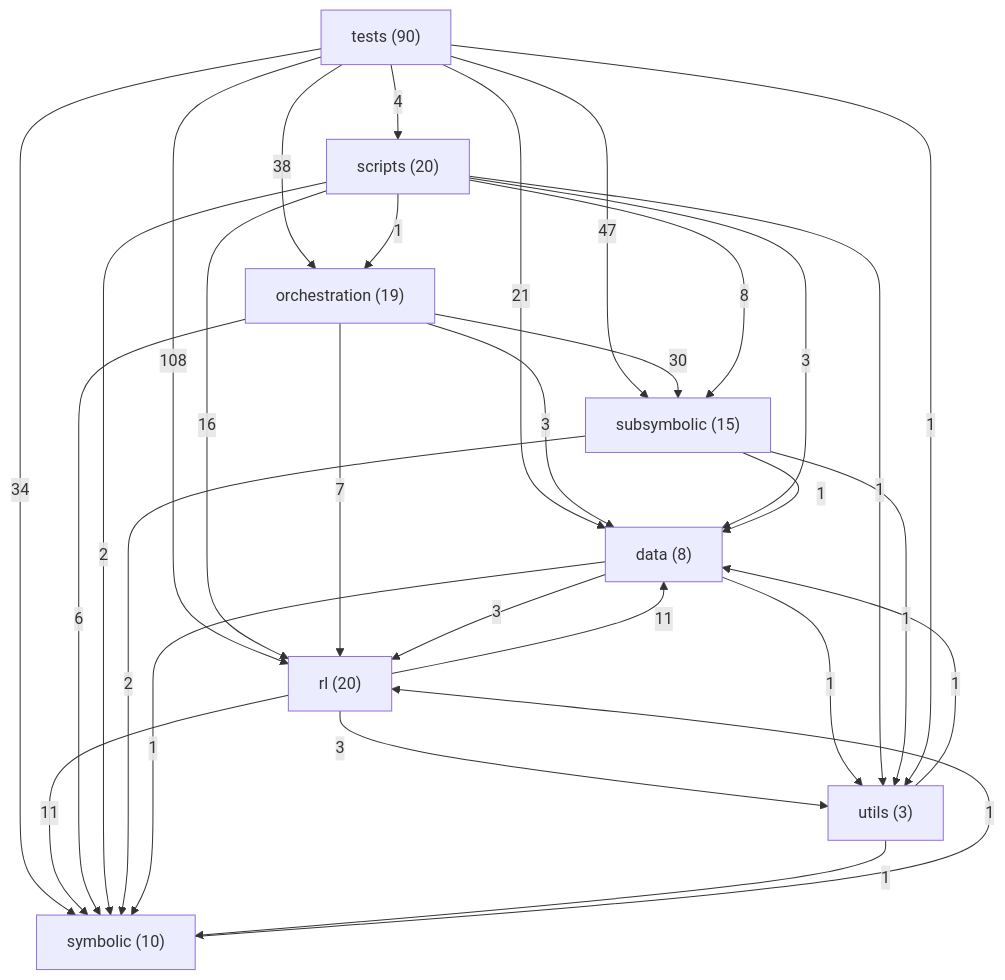
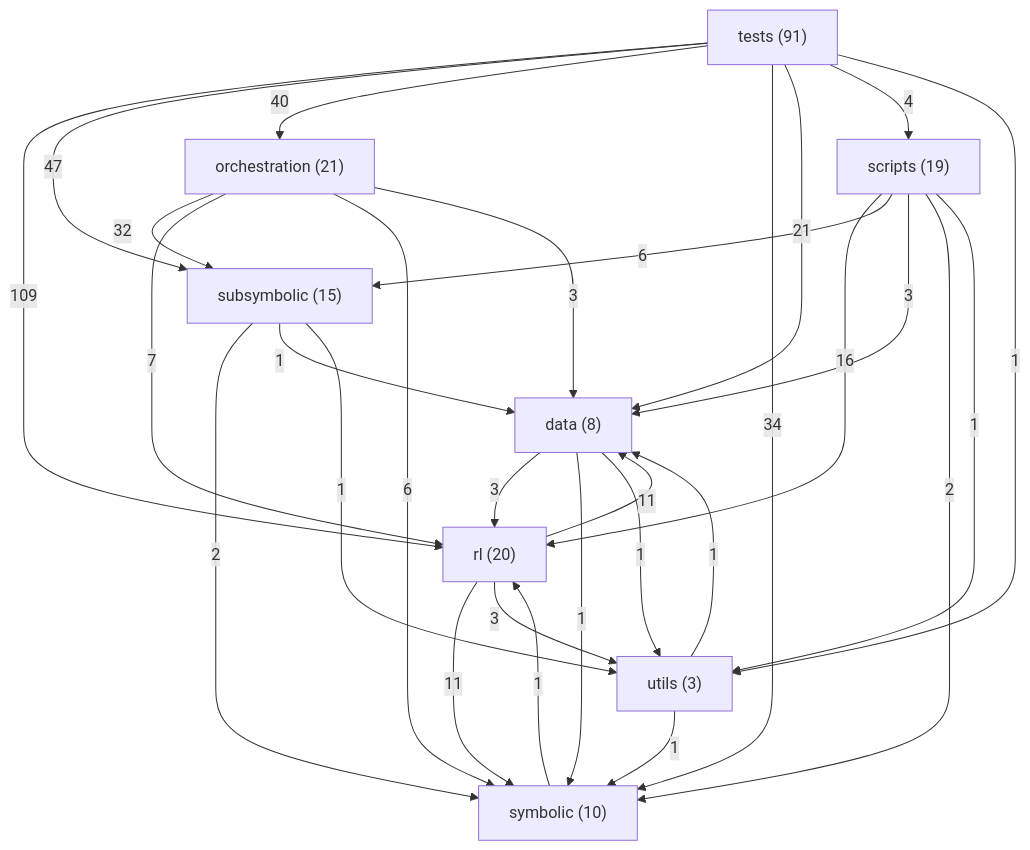
The diagram in ARCHITECTURE.md (danrd/ARC-AGI), drawn with Mermaid before and after one commit. The commit also changed other lines of this file and 8 other files, not shown here.

````diff
--- a/ARCHITECTURE.md
+++ b/ARCHITECTURE.md
@@ -211,40 +211,39 @@
 ```mermaid
 graph TD
   data["data (8)"]
-  orchestration["orchestration (19)"]
+  orchestration["orchestration (21)"]
   rl["rl (20)"]
-  scripts["scripts (20)"]
+  scripts["scripts (19)"]
   subsymbolic["subsymbolic (15)"]
   symbolic["symbolic (10)"]
-  tests["tests (90)"]
+  tests["tests (91)"]
   utils["utils (3)"]
-  tests -->|108| rl
+  tests -->|109| rl
   tests -->|47| subsymbolic
-  tests -->|38| orchestration
+  tests -->|40| orchestration
   tests -->|34| symbolic
-  orchestration -->|30| subsymbolic
+  orchestration -->|32| subsymbolic
   tests -->|21| data
   scripts -->|16| rl
   rl -->|11| data
   rl -->|11| symbolic
-  scripts -->|8| subsymbolic
   orchestration -->|7| rl
   orchestration -->|6| symbolic
+  scripts -->|6| subsymbolic
   tests -->|4| scripts
   data -->|3| rl
   orchestration -->|3| data
   rl -->|3| utils
   scripts -->|3| data
   scripts -->|2| symbolic
   subsymbolic -->|2| symbolic
   data -->|1| symbolic
   data -->|1| utils
-  scripts -->|1| orchestration
   scripts -->|1| utils
   subsymbolic -->|1| data
   subsymbolic -->|1| utils
   symbolic -->|1| rl
   tests -->|1| utils
   utils -->|1| data
   utils -->|1| symbolic
 ```
````
